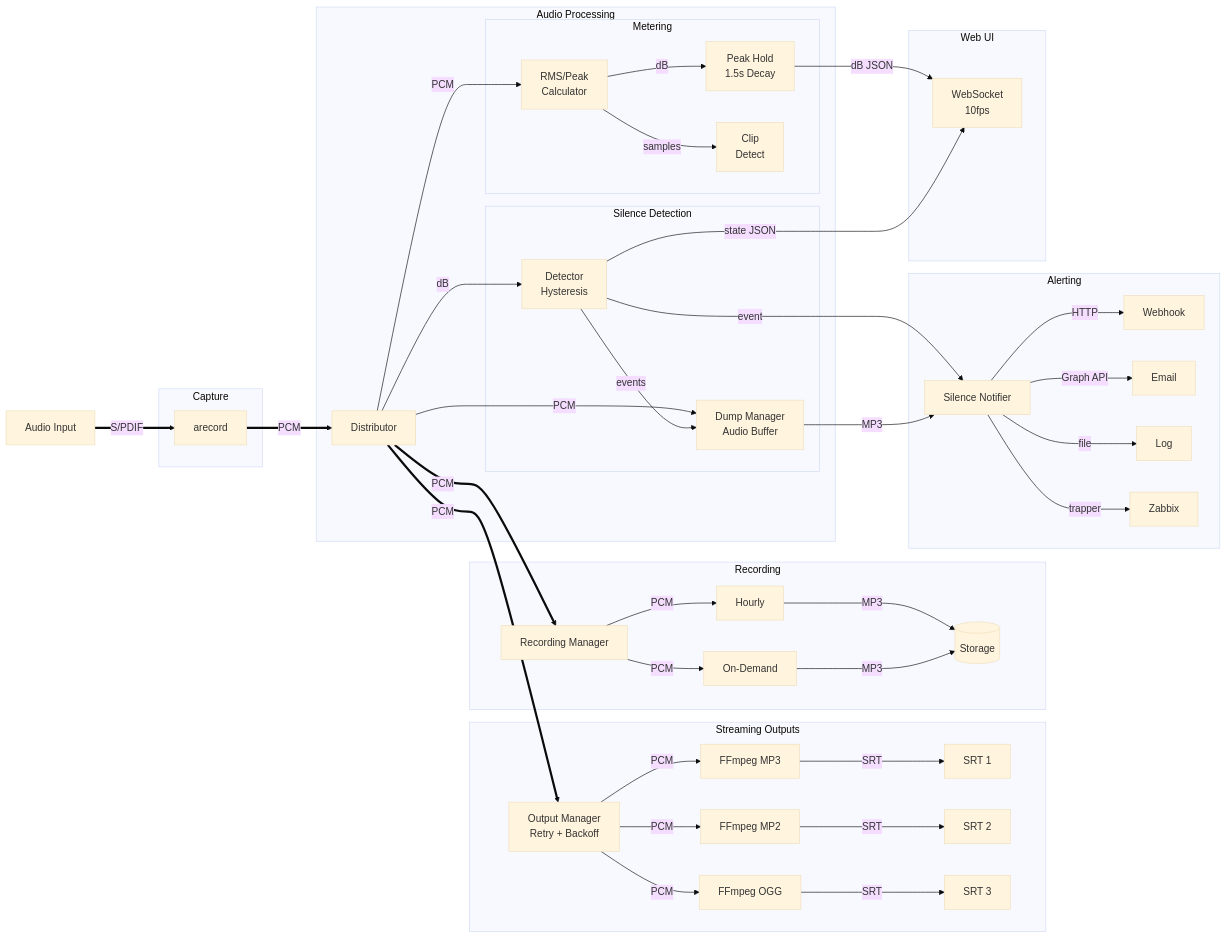
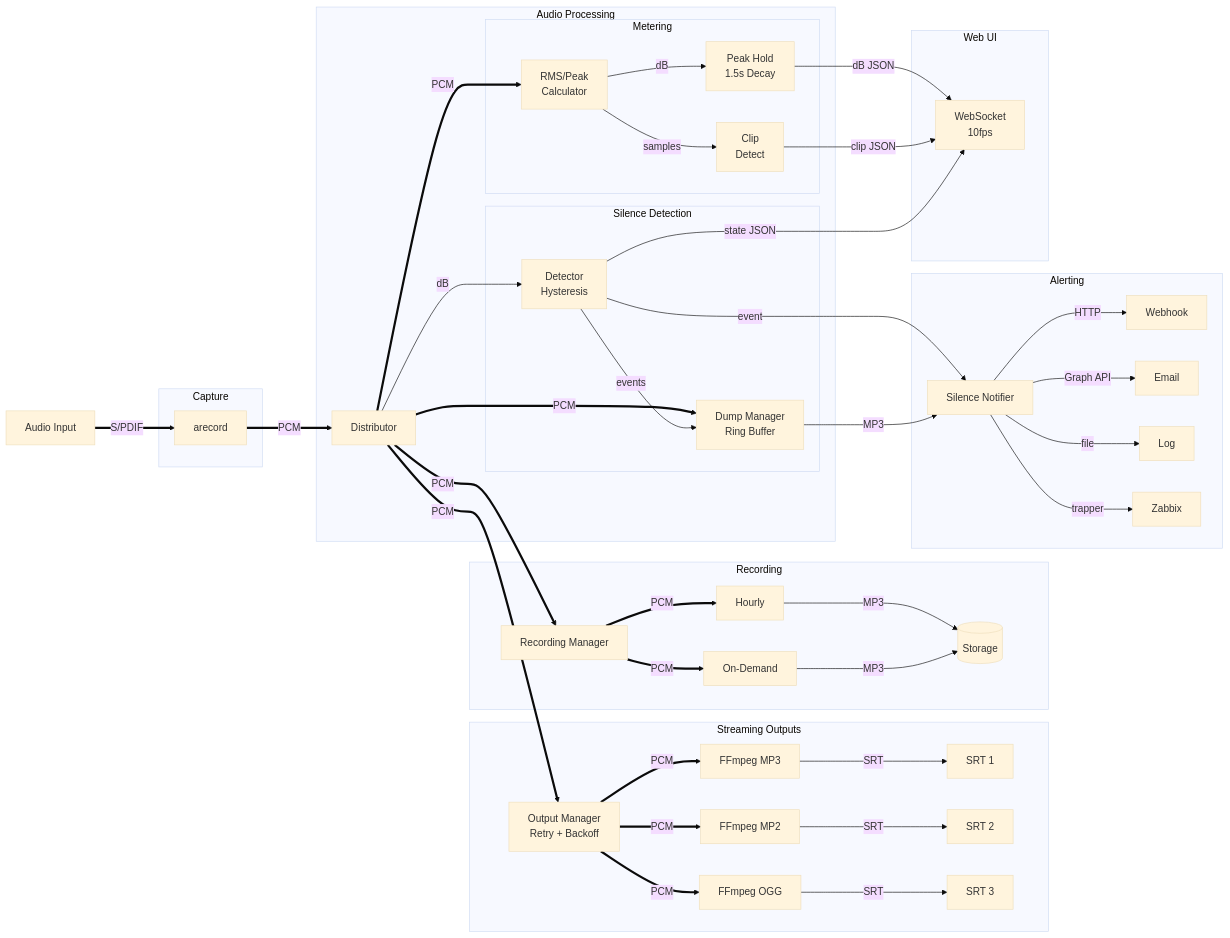
Before and after one commit to oszuidwest/zwfm-encoder: the diagram in README.md, drawn with Mermaid (base theme).

Commit message:
docs: fix architecture diagram accuracy
- Add clip JSON connection from Clip Detect to WebSocket
- Use thick arrows for all PCM audio data flows
- Rename Audio Buffer to Ring Buffer (matches implementation)

````diff
--- a/README.md
+++ b/README.md
@@ -139,7 +139,7 @@
 
         subgraph Silence["Silence Detection"]
             SD[Detector<br>Hysteresis]
-            SDM[Dump Manager<br>Audio Buffer]
+            SDM[Dump Manager<br>Ring Buffer]
         end
     end
 
@@ -176,13 +176,14 @@
     A ==>|S/PDIF| B ==>|PCM| D
 
     %% Metering branch
-    D -->|PCM| M -->|dB| PH
+    D ==>|PCM| M -->|dB| PH
     M -->|samples| CD
     PH -->|dB JSON| WS
+    CD -->|clip JSON| WS
 
     %% Silence detection branch
     D -->|dB| SD
-    D -->|PCM| SDM
+    D ==>|PCM| SDM
     SD -->|events| SDM
     SD -->|state JSON| WS
 
@@ -196,12 +197,12 @@
 
     %% Streaming
     D ==>|PCM| OM
-    OM -->|PCM| F1 -->|SRT| S1
-    OM -->|PCM| F2 -->|SRT| S2
-    OM -->|PCM| F3 -->|SRT| S3
+    OM ==>|PCM| F1 -->|SRT| S1
+    OM ==>|PCM| F2 -->|SRT| S2
+    OM ==>|PCM| F3 -->|SRT| S3
 
     %% Recording
     D ==>|PCM| RM
-    RM -->|PCM| R1 -->|MP3| ST
-    RM -->|PCM| R2 -->|MP3| ST
+    RM ==>|PCM| R1 -->|MP3| ST
+    RM ==>|PCM| R2 -->|MP3| ST
 ```
````
